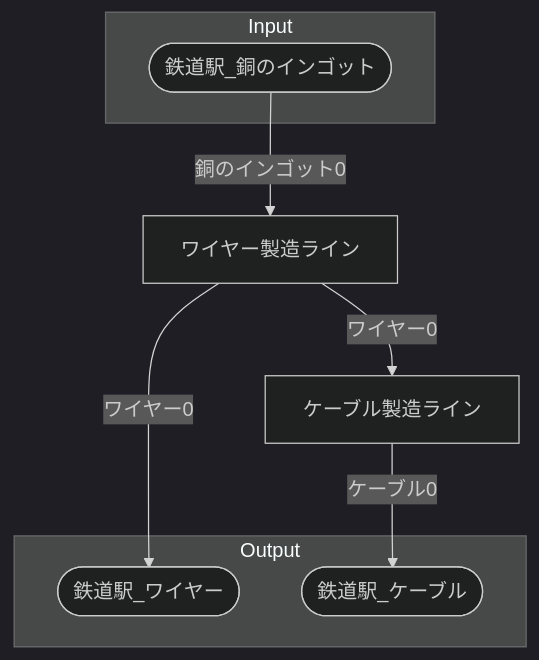
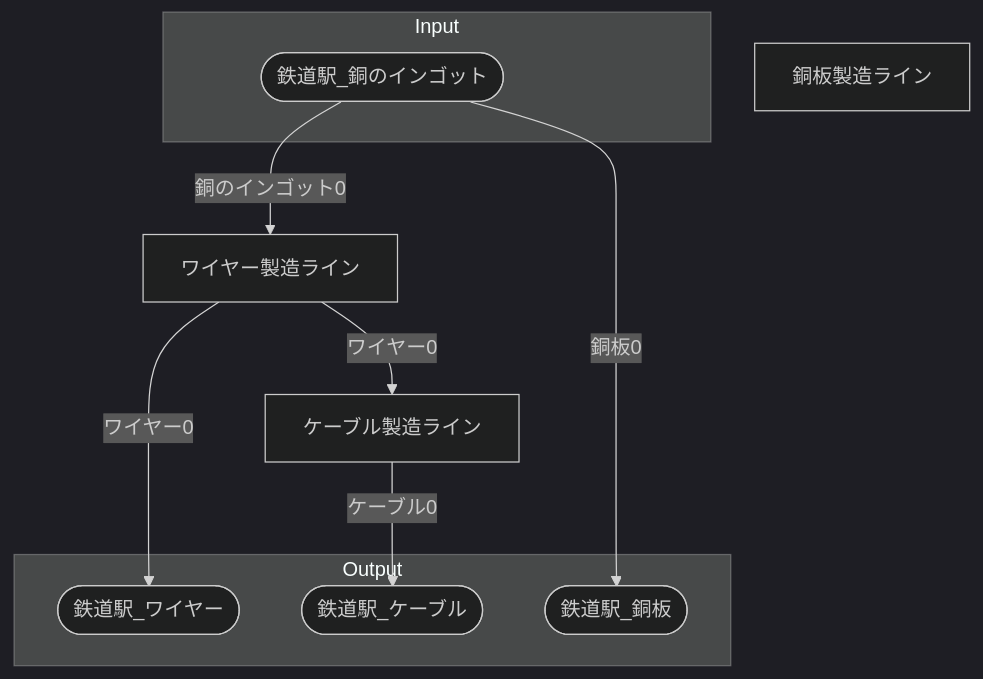
The diagram in 40_FactoryBuilding/ドルトレヒト銅製品工場/30_全体製造ライン設計書/全体製造ライン設計書_ドルトレヒト銅製品工場.md (Suzuran-Amano/SatisfactoryTaskEfficiency), drawn with Mermaid (dark theme) before and after one commit. The commit also changed other lines of this file and 8 other files, not shown here.

````diff
--- a/40_FactoryBuilding/ドルトレヒト銅製品工場/30_全体製造ライン設計書/全体製造ライン設計書_ドルトレヒト銅製品工場.md
+++ b/40_FactoryBuilding/ドルトレヒト銅製品工場/30_全体製造ライン設計書/全体製造ライン設計書_ドルトレヒト銅製品工場.md
@@ -34,19 +46,22 @@
 ```mermaid
 flowchart TD
 subgraph Input
     鉄道駅_銅のインゴット([鉄道駅_銅のインゴット])
 end
 
 ケーブル製造ライン
 ケーブル製造ライン
+銅板製造ライン
 
 subgraph Output
     鉄道駅_ワイヤー([鉄道駅_ワイヤー])
     鉄道駅_ケーブル([鉄道駅_ケーブル])
+    鉄道駅_銅板([鉄道駅_銅板])
 end
 
 鉄道駅_銅のインゴット-->|銅のインゴット0|ワイヤー製造ライン
 ワイヤー製造ライン-->|ワイヤー0|ケーブル製造ライン
 ワイヤー製造ライン-->|ワイヤー0|鉄道駅_ワイヤー
 ケーブル製造ライン-->|ケーブル0|鉄道駅_ケーブル
+鉄道駅_銅のインゴット-->|銅板0|鉄道駅_銅板
 ```
````
